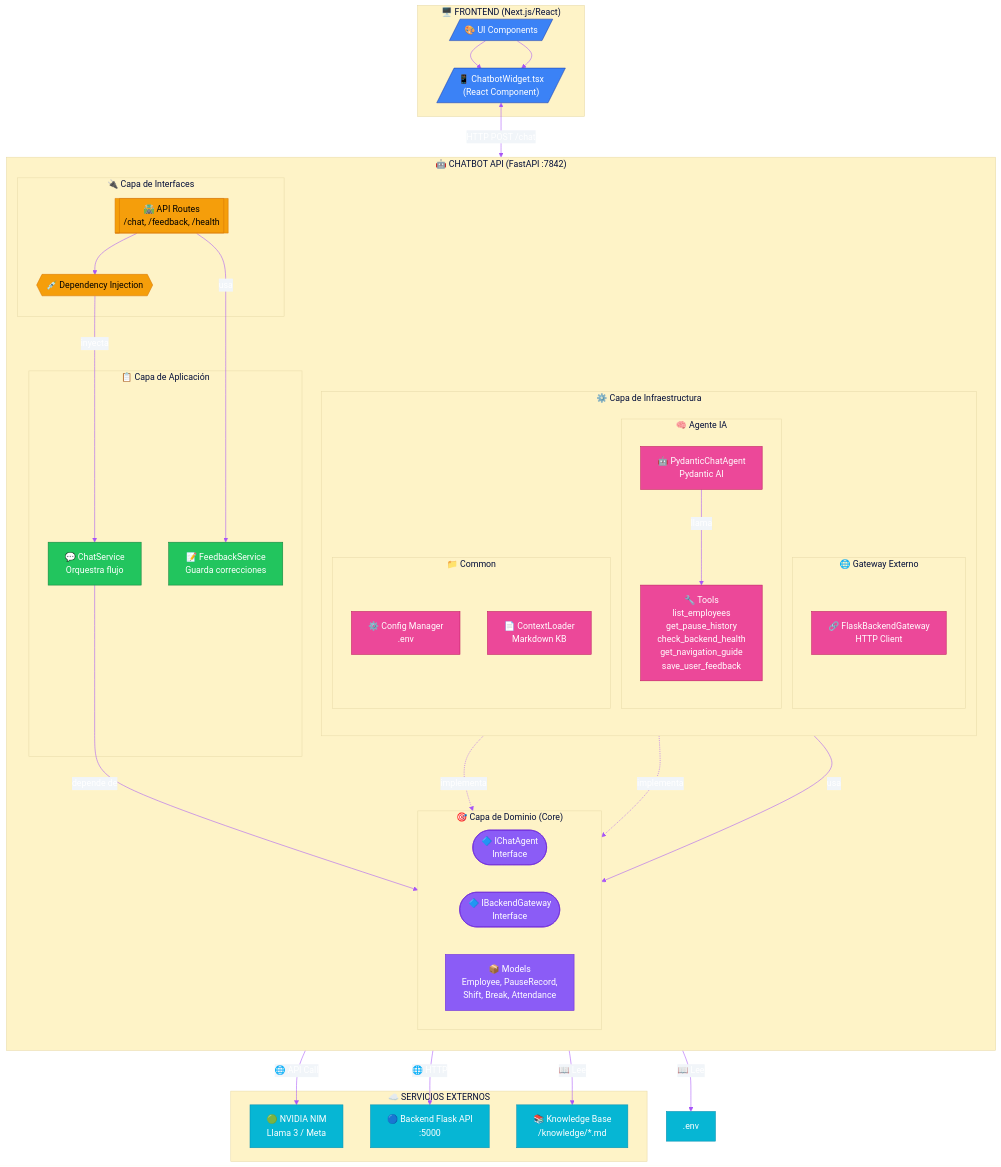
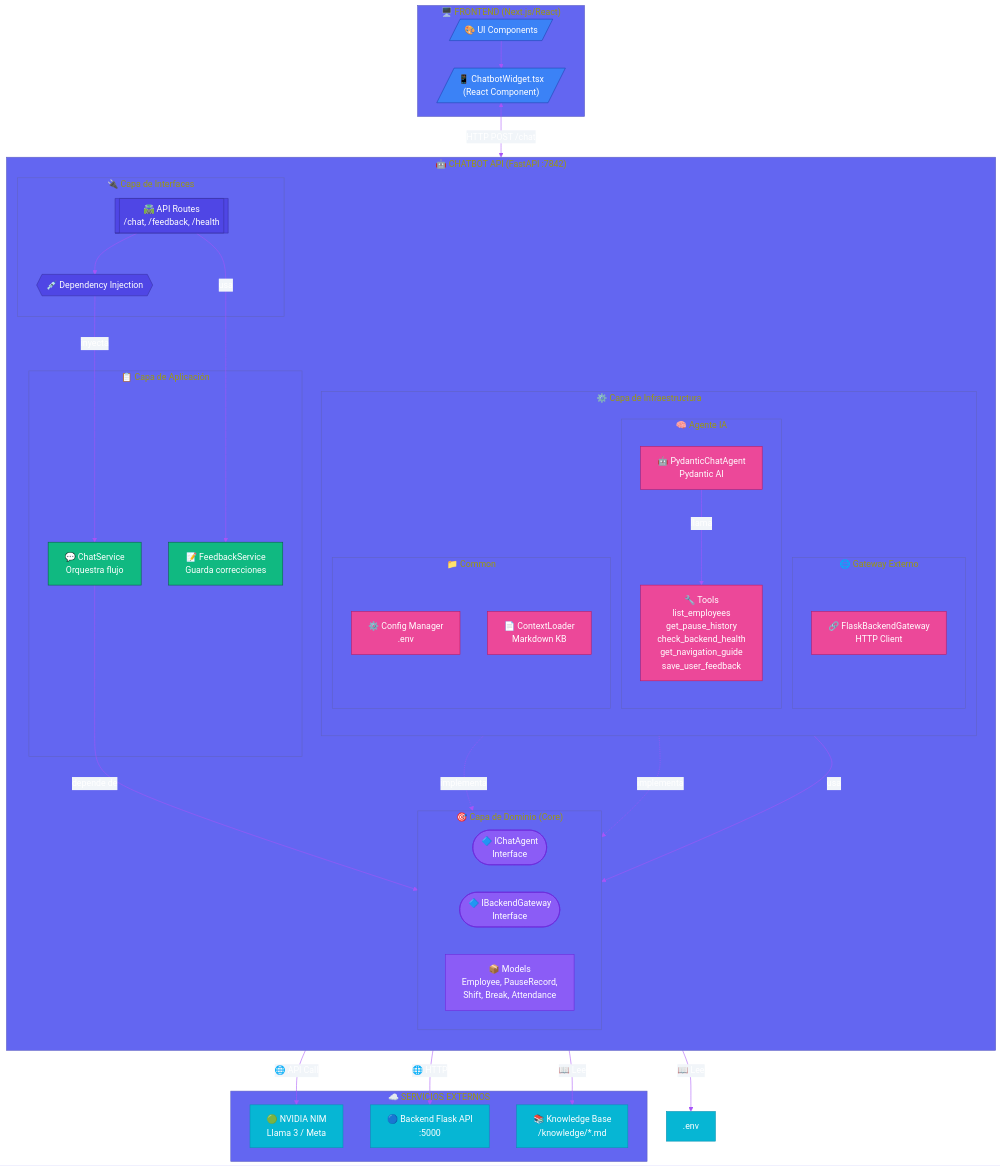
The first of 7 diagrams in docs/architecture_diagrams.md (DennisonCc/ChatBot-Basadas), drawn with Mermaid before and after one commit. The commit also changed other lines of this file and 7 other files, not shown here.

````diff
--- a/docs/architecture_diagrams.md
+++ b/docs/architecture_diagrams.md
@@ -11,5 +11,5 @@
 ```mermaid
-%%{init: {'theme': 'base', 'themeVariables': { 'primaryColor': '#6366f1', 'primaryTextColor': '#fff', 'primaryBorderColor': '#4338ca', 'lineColor': '#a855f7', 'secondaryColor': '#f1f5f9', 'tertiaryColor': '#fef3c7', 'background': '#0f172a', 'mainBkg': '#1e293b', 'nodeBorder': '#6366f1'}}}%%
+%%{init: {'theme': 'base', 'themeVariables': { 'primaryColor': '#6366f1', 'primaryTextColor': '#fff', 'primaryBorderColor': '#4338ca', 'lineColor': '#a855f7', 'secondaryColor': '#f1f5f9', 'tertiaryColor': '#6366f1', 'background': '#0f172a', 'mainBkg': '#1e293b', 'nodeBorder': '#6366f1'}}}%%
 
 graph TB
     subgraph FRONTEND["🖥️ FRONTEND (Next.js/React)"]
@@ -63,9 +63,7 @@
     end
 
     %% Conexiones Frontend
-    %% Conexiones Frontend
     CW <-->|"HTTP POST /chat"| ROUTES
-    URES --> CW
     URES --> CW
 
     %% Flujo principal
@@ -86,10 +84,10 @@
     CTX_LOADER -->|"📖 Lee"| KB
     CONFIG -->|"📖 Lee"| ENV[".env"]
 
-    %% Estilos
+    %% Estilos (Eliminando amarillo por azul/indigo para mejor legibilidad)
     classDef frontend fill:#3b82f6,stroke:#1e40af,color:#fff
-    classDef interfaces fill:#f59e0b,stroke:#d97706,color:#000
-    classDef application fill:#22c55e,stroke:#15803d,color:#fff
+    classDef interfaces fill:#4f46e5,stroke:#3730a3,color:#fff
+    classDef application fill:#10b981,stroke:#065f46,color:#fff
     classDef domain fill:#8b5cf6,stroke:#6d28d9,color:#fff
     classDef infrastructure fill:#ec4899,stroke:#be185d,color:#fff
     classDef external fill:#06b6d4,stroke:#0891b2,color:#fff
````
